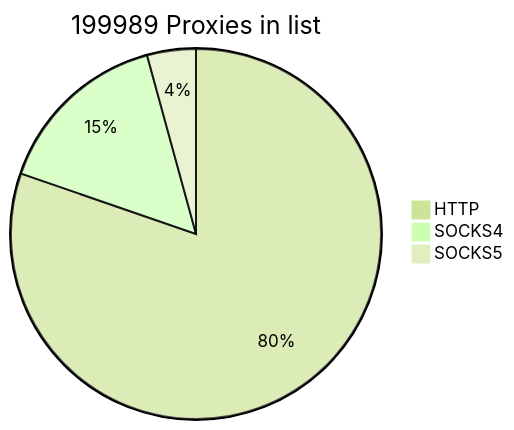
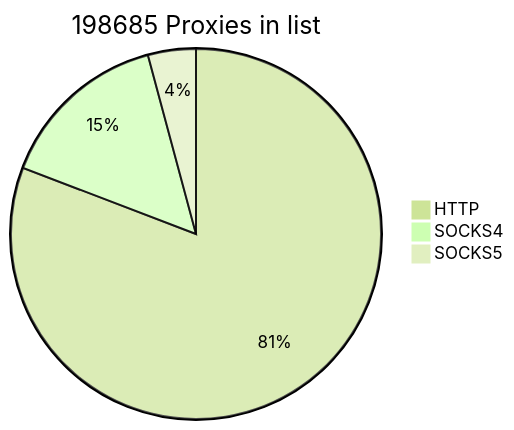
The first of 2 diagrams in README.md (cutipu/proxylist), drawn with Mermaid (forest theme) before and after one commit. The commit also changed other lines of this file, not shown here.

````diff
--- a/README.md
+++ b/README.md
@@ -2,7 +2,7 @@
 ```mermaid
-pie title 199989 Proxies in list
-    "HTTP" : 160571
-    "SOCKS4" : 30903
-    "SOCKS5" : 8515
+pie title 198685 Proxies in list
+    "HTTP" : 160553
+    "SOCKS4" : 29823
+    "SOCKS5" : 8309
             
 ```
````
